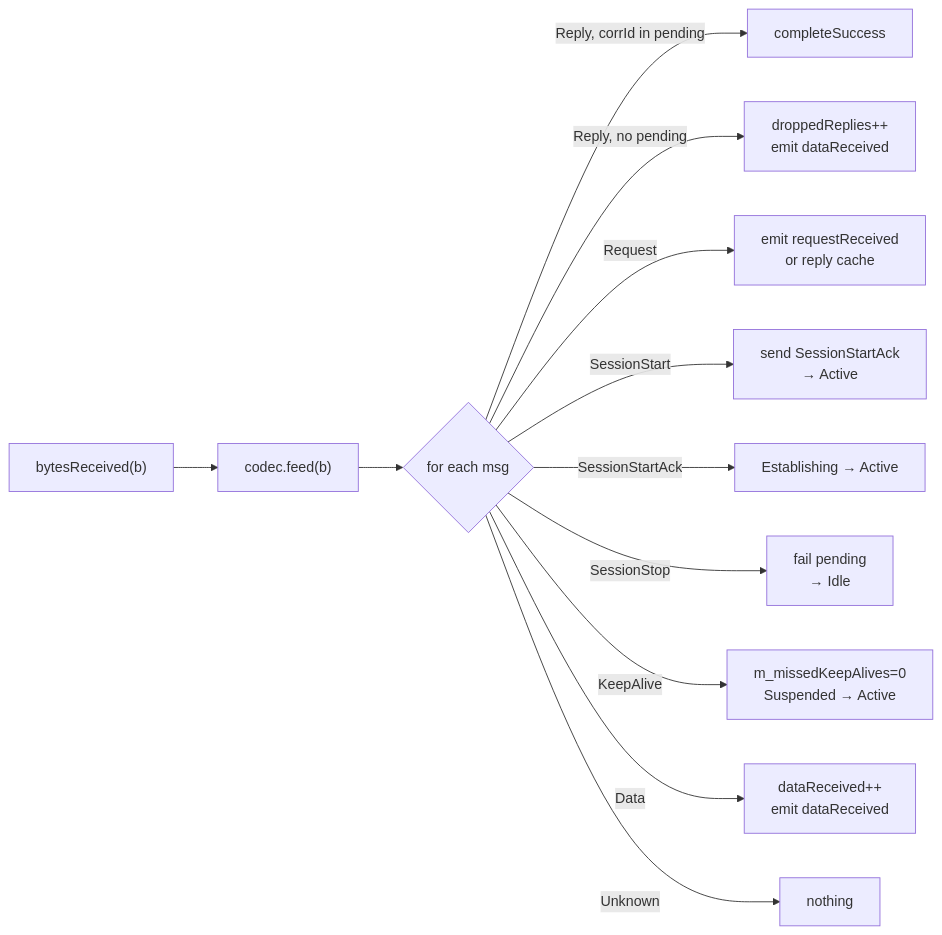
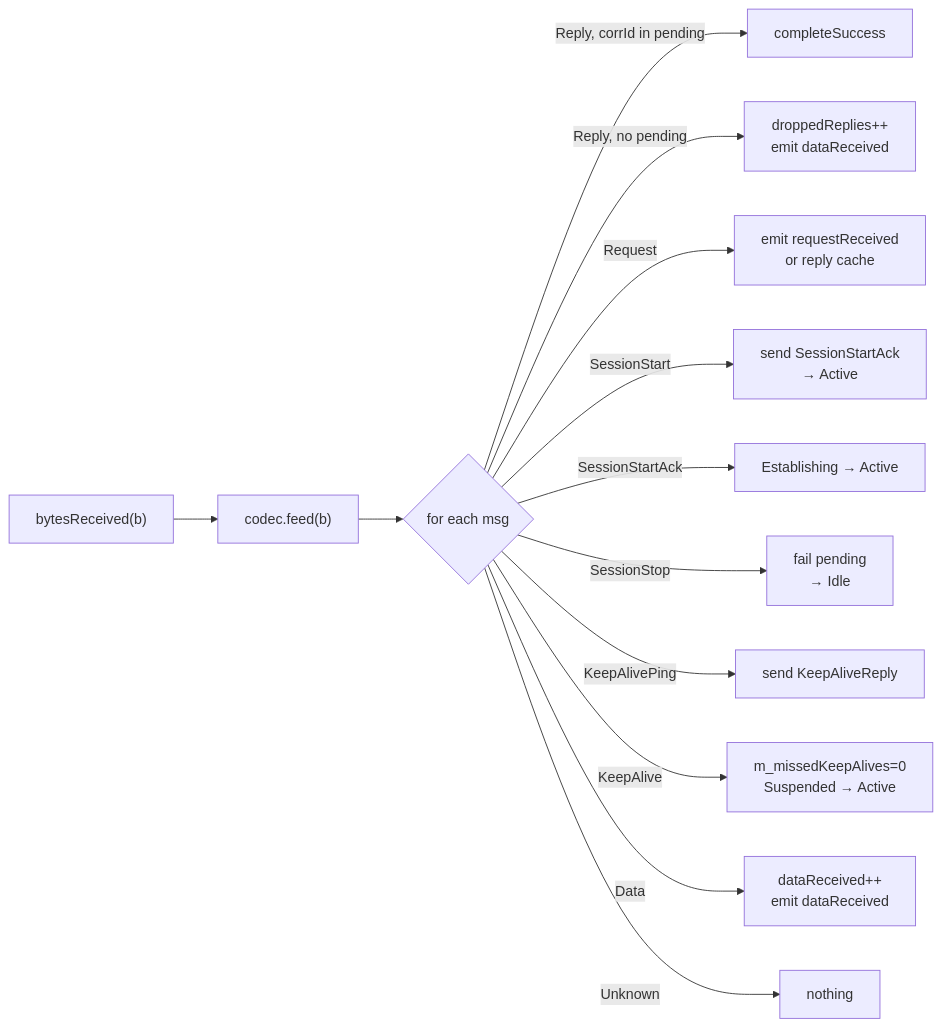
Before and after one commit to Saytikus/GChannelManager: the diagram in docs/en/04-Protocol-and-Codec.md, drawn with Mermaid. The commit also changed other lines of this file and 13 other files, not shown here.

````diff
--- a/docs/en/04-Protocol-and-Codec.md
+++ b/docs/en/04-Protocol-and-Codec.md
@@ -64,14 +67,15 @@
 ```mermaid
 flowchart LR
     Bytes["bytesReceived(b)"] --> Feed["codec.feed(b)"]
     Feed --> Loop{"for each msg"}
     Loop -->|Reply, corrId in pending| Succeed["completeSuccess"]
     Loop -->|Reply, no pending| Dropped["droppedReplies++<br/>emit dataReceived"]
     Loop -->|Request| Req["emit requestReceived<br/>or reply cache"]
     Loop -->|SessionStart| SS["send SessionStartAck<br/>→ Active"]
     Loop -->|SessionStartAck| Ack["Establishing → Active"]
     Loop -->|SessionStop| Stop["fail pending<br/>→ Idle"]
+    Loop -->|KeepAlivePing| Pong["send KeepAliveReply"]
     Loop -->|KeepAlive| Live["m_missedKeepAlives=0<br/>Suspended → Active"]
     Loop -->|Data| Push["dataReceived++<br/>emit dataReceived"]
     Loop -->|Unknown| Skip["nothing"]
 ```
````
